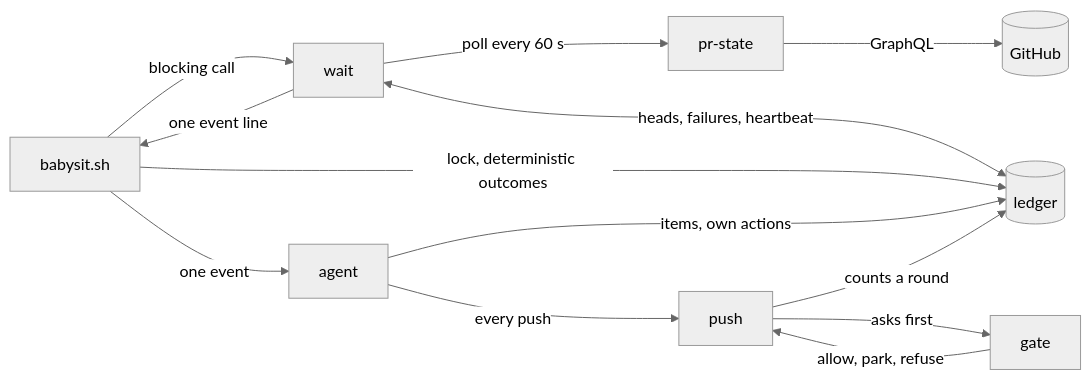
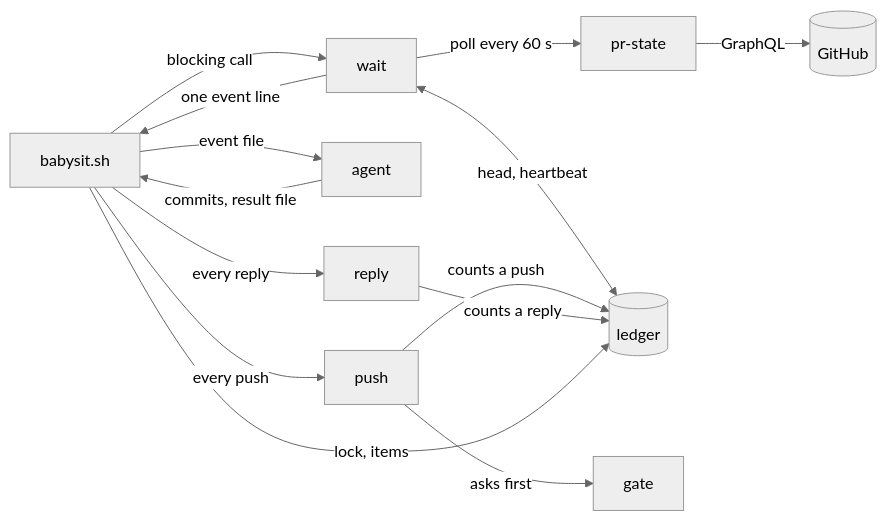
Before and after one commit to maro114510/skills: the first of 3 diagrams in docs/design/babysit.md, drawn with Mermaid (neutral theme). The commit also changed other lines of this file, not shown here.

````diff
--- a/docs/design/babysit.md
+++ b/docs/design/babysit.md
@@ -44,15 +48,16 @@
 ```mermaid
 flowchart LR
   B["babysit.sh"] -->|"blocking call"| W["wait"]
   W -->|"one event line"| B
   W -->|"poll every 60 s"| P["pr-state"]
   P -->|"GraphQL"| G[(GitHub)]
-  W <-->|"heads, failures, heartbeat"| L[("ledger")]
-  B -->|"lock, deterministic outcomes"| L
-  B -->|"one event"| A["agent"]
-  A -->|"items, own actions"| L
-  A -->|"every push"| U["push"]
+  W <-->|"head, heartbeat"| L[("ledger")]
+  B -->|"event file"| A["agent"]
+  A -->|"commits, result file"| B
+  B -->|"every push"| U["push"]
   U -->|"asks first"| X["gate"]
-  X -->|"allow, park, refuse"| U
-  U -->|"counts a round"| L
+  B -->|"every reply"| R["reply"]
+  U -->|"counts a push"| L
+  R -->|"counts a reply"| L
+  B -->|"lock, items"| L
 ```
````
